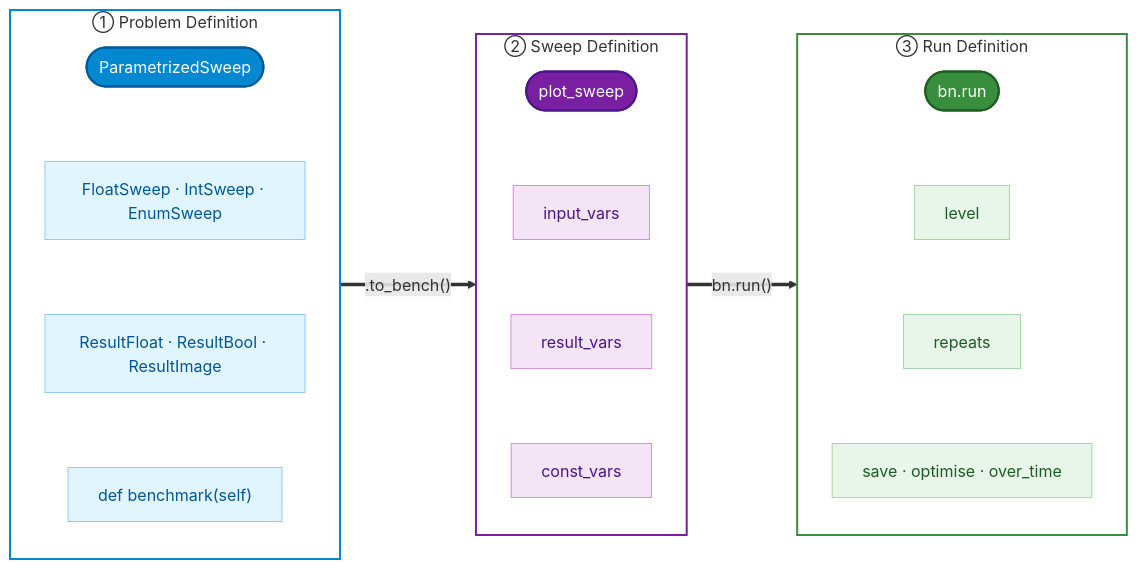
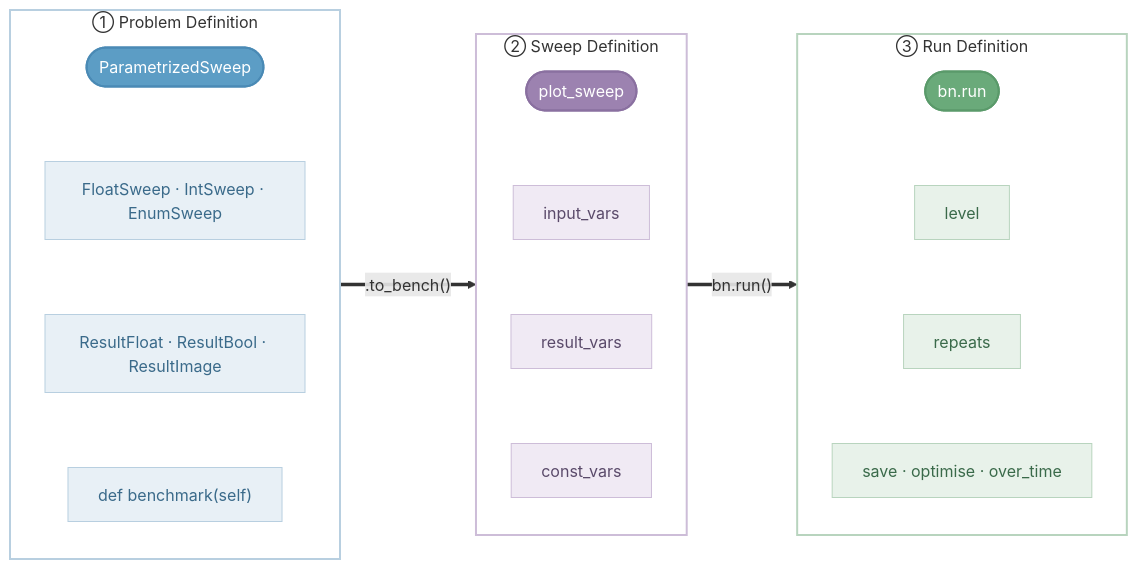
One commit to blooop/bencher changed the diagram in docs/concepts.md. Above: the diagram before and after it, drawn with Mermaid.

Commit message:
docs: desaturate mermaid diagram colors

````diff
--- a/docs/concepts.md
+++ b/docs/concepts.md
@@ -53,49 +53,49 @@
 ```{mermaid}
 flowchart LR
     subgraph Problem ["① Problem Definition"]
         direction TB
         PS([ParametrizedSweep])
         Inputs[FloatSweep · IntSweep · EnumSweep]
         Results[ResultFloat · ResultBool · ResultImage]
         Fn["def benchmark(self)"]
         PS ~~~ Inputs ~~~ Results ~~~ Fn
     end
 
     subgraph Sweep ["② Sweep Definition"]
         direction TB
         SW([plot_sweep])
         IV[input_vars]
         RV[result_vars]
         CV[const_vars]
         SW ~~~ IV ~~~ RV ~~~ CV
     end
 
     subgraph Run ["③ Run Definition"]
         direction TB
         RN([bn.run])
         Level[level]
         Repeats[repeats]
         Opts[save · optimise · over_time]
         RN ~~~ Level ~~~ Repeats ~~~ Opts
     end
 
     Problem == .to_bench() ==> Sweep == bn.run() ==> Run
 
-    classDef blue fill:#0288d1,color:#fff,stroke:#01579b,stroke-width:2px
-    classDef purple fill:#7b1fa2,color:#fff,stroke:#4a148c,stroke-width:2px
-    classDef green fill:#388e3c,color:#fff,stroke:#1b5e20,stroke-width:2px
-    classDef blueLight fill:#e1f5fe,stroke:#90caf9,color:#01579b
-    classDef purpleLight fill:#f3e5f5,stroke:#ce93d8,color:#4a148c
-    classDef greenLight fill:#e8f5e9,stroke:#a5d6a7,color:#1b5e20
+    classDef blue fill:#5c9dc5,color:#fff,stroke:#4a8ab5,stroke-width:2px
+    classDef purple fill:#9c82b0,color:#fff,stroke:#8a70a0,stroke-width:2px
+    classDef green fill:#6aaa7a,color:#fff,stroke:#5a9a6a,stroke-width:2px
+    classDef blueLight fill:#e8f0f6,stroke:#b8cfe0,color:#3a6a8a
+    classDef purpleLight fill:#f0eaf4,stroke:#cdbdd8,color:#5a4a6a
+    classDef greenLight fill:#e8f2ea,stroke:#b8d4be,color:#3a6a4a
 
     class PS blue
     class SW purple
     class RN green
     class Inputs,Results,Fn blueLight
     class IV,RV,CV purpleLight
     class Level,Repeats,Opts greenLight
 
-    style Problem fill:#fff,stroke:#0288d1,stroke-width:2px
-    style Sweep fill:#fff,stroke:#7b1fa2,stroke-width:2px
-    style Run fill:#fff,stroke:#388e3c,stroke-width:2px
+    style Problem fill:#fff,stroke:#b8cfe0,stroke-width:2px
+    style Sweep fill:#fff,stroke:#cdbdd8,stroke-width:2px
+    style Run fill:#fff,stroke:#b8d4be,stroke-width:2px
 ```
````
